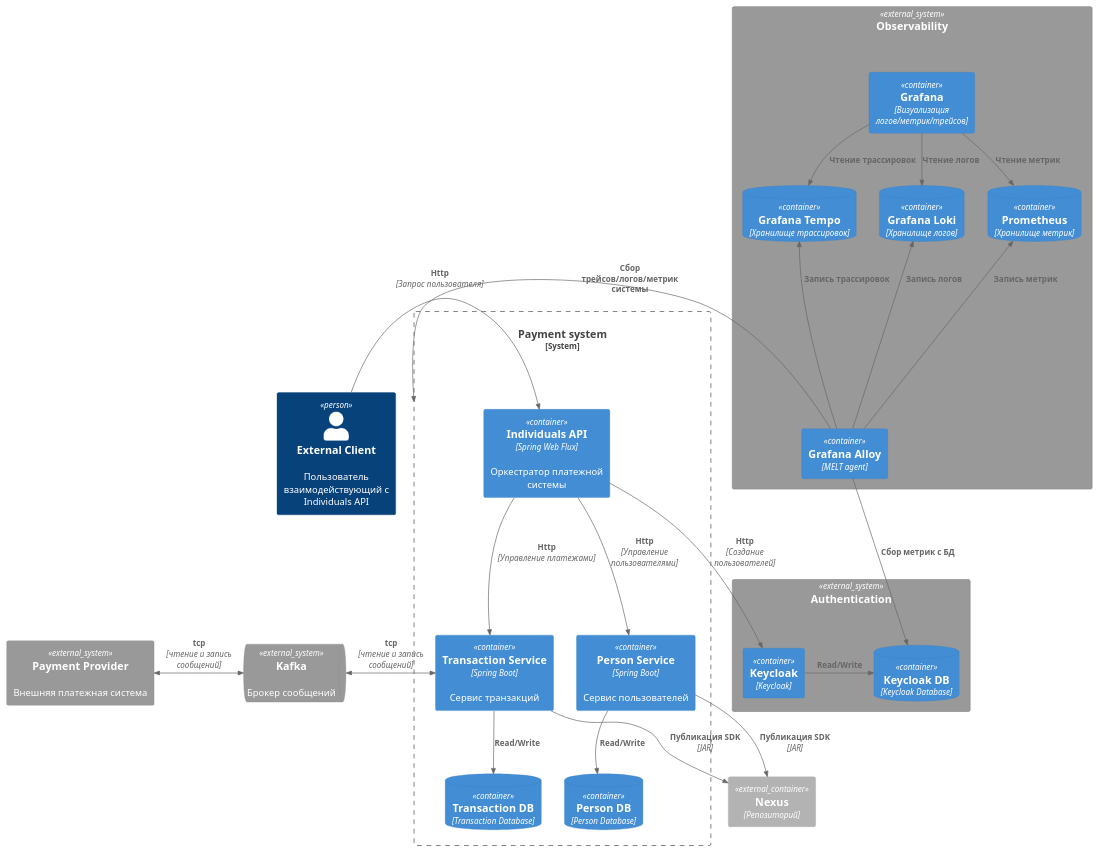
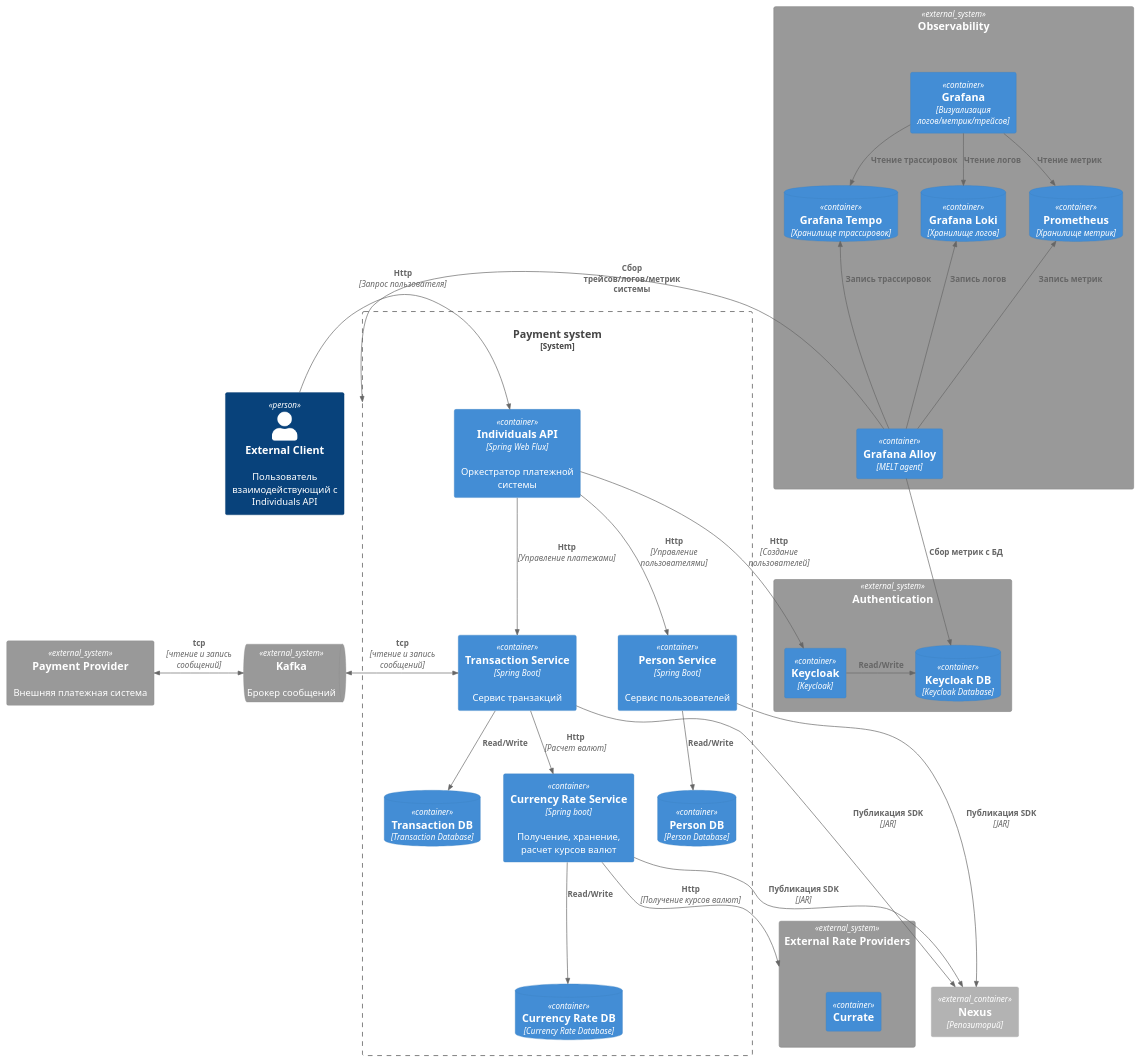
Before and after one commit to diamam90/payment-system: the diagram in diagram/container.puml, drawn with PlantUML. The commit also changed 11 other files, not shown here.

Commit message:
диаграммы для 4 модуля

```diff
--- a/diagram/container.puml
+++ b/diagram/container.puml
@@ -1,64 +1,74 @@
 @startuml
 !includeurl https://raw.githubusercontent.com/plantuml-stdlib/C4-PlantUML/master/C4_Container.puml
 
 Person(client, "External Client","Пользователь взаимодействующий с Individuals API")
 
 System_Boundary(payment, "Payment system") {
 
     Container(indApi, "Individuals API", "Spring Web Flux","Оркестратор платежной системы")
 
     Container(ps, "Person Service", "Spring Boot", "Сервис пользователей")
     ContainerDb(psDb, "Person DB", "Person Database")
 
     Container(ts, "Transaction Service", "Spring Boot", "Сервис транзакций")
     ContainerDb(tsDb, "Transaction DB", "Transaction Database")
+    Container(crs, "Currency Rate Service", "Spring boot", "Получение, хранение, расчет курсов валют")
+    ContainerDb(crsDb, "Currency Rate DB", "Currency Rate Database")
 }
 
 System_Ext(auth, "Authentication"){
     Container(kc, "Keycloak", "Keycloak")
     ContainerDb(kcDb, "Keycloak DB", "Keycloak Database")
 }
 
 System_Ext(obs, "Observability") {
     Container(alloy, "Grafana Alloy", "MELT agent")
     Container(grafana,  "Grafana", "Визуализация логов/метрик/трейсов")
     ContainerDb(prometheus, "Prometheus", "Хранилище метрик")
     ContainerDb(loki, "Grafana Loki", "Хранилище логов")
     ContainerDb(tempo, "Grafana Tempo","Хранилище трассировок")
 }
 
+System_Ext(rateProvider, "External Rate Providers") {
+    Container(currate, "Currate")
+}
+
 System_Ext(paymentProvider, "Payment Provider", "Внешняя платежная система")
 
 Container_Ext(nexus,"Nexus","Репозиторий")
 
 SystemQueue_Ext(kafka, "Kafka", "Брокер сообщений")
 
 Rel_R(client, indApi,"Http","Запрос пользователя")
 
 Rel_D(indApi, ps,"Http", "Управление пользователями")
 Rel_D(ps,psDb, "Read/Write")
+Rel_D(ts,crs, "Http","Расчет валют")
+Rel_D(crs, crsDb, "Read/Write")
+Rel(crs, rateProvider, "Http","Получение курсов валют")
 
 Rel_D(indApi,ts,"Http","Управление платежами")
 Rel_D(ts,tsDb, "Read/Write")
 
 Rel(indApi, kc, "Http","Создание пользователей")
 Rel_R(kc,kcDb,"Read/Write")
 
 BiRel_L(ts,kafka,"tcp","чтение и запись сообщений")
 BiRel_L(kafka,paymentProvider,"tcp", "чтение и запись сообщений")
 
 Rel_D(grafana, prometheus,"Чтение метрик")
 Rel_D(grafana, loki,"Чтение логов")
 Rel_D(grafana, tempo,"Чтение трассировок")
 
 Rel_U(alloy, prometheus, "Запись метрик")
 Rel_U(alloy, loki, "Запись логов")
 Rel_U(alloy, tempo, "Запись трассировок")
 
 Rel_L(alloy, payment,"Сбор трейсов/логов/метрик системы")
 Rel(alloy, kcDb, "Сбор метрик с БД")
 
 Rel(ps, nexus, "Публикация SDK","JAR")
 Rel(ts, nexus, "Публикация SDK","JAR")
+Rel(crs, nexus, "Публикация SDK","JAR")
 
 @enduml
```
